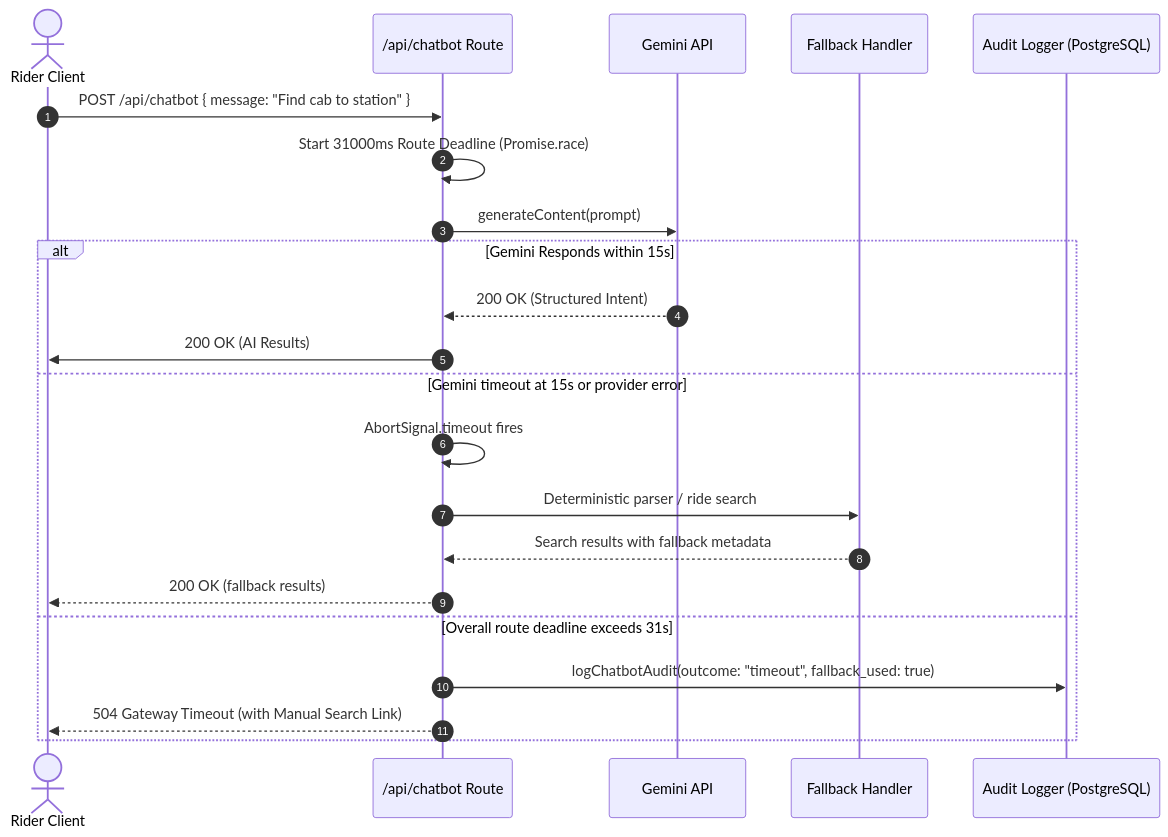
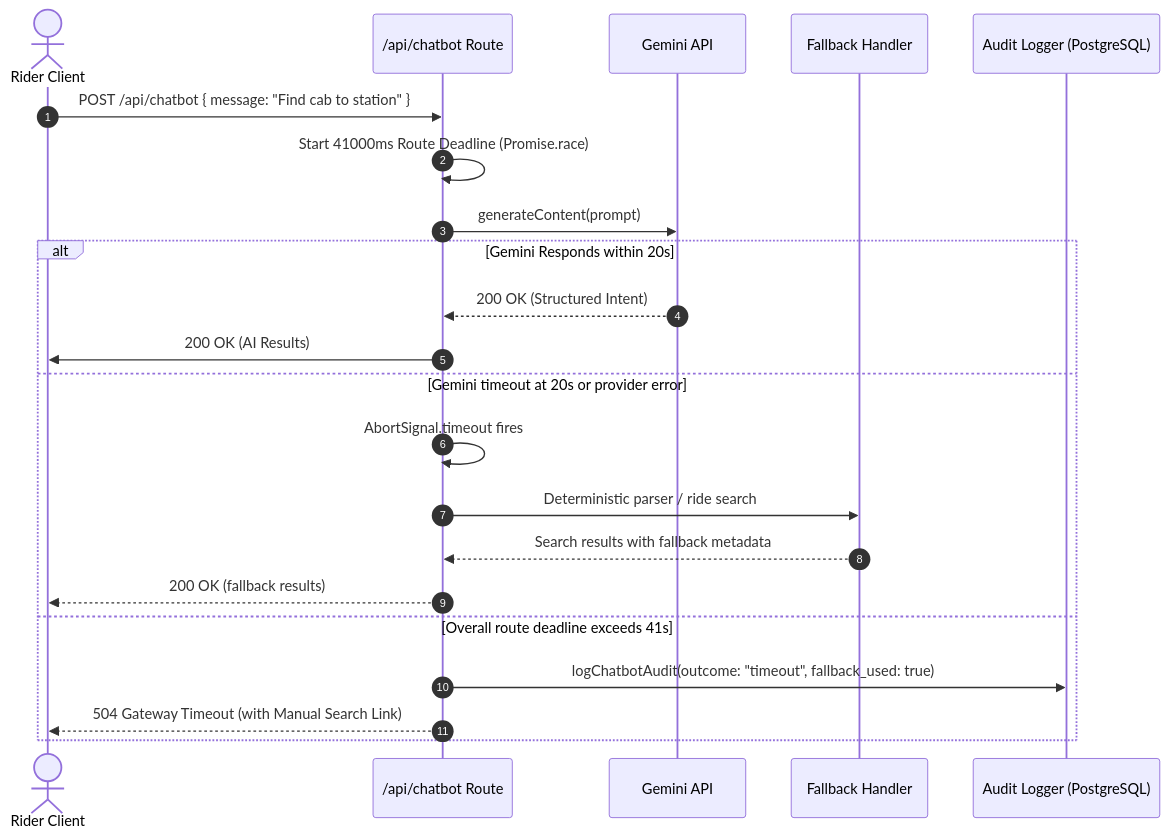
Before and after one commit to CS455-Carpooling/Campus_Ridepooling_Automation: the second of 4 diagrams in Deliverables/D3/failure-and-recovery-test-report.md, drawn with Mermaid. The commit also changed other lines of this file and 18 other files, not shown here.

````diff
--- a/Deliverables/D3/failure-and-recovery-test-report.md
+++ b/Deliverables/D3/failure-and-recovery-test-report.md
@@ -69,25 +69,25 @@
 ```mermaid
 sequenceDiagram
     autonumber
     actor Rider as Rider Client
     participant API as /api/chatbot Route
     participant Model as Gemini API
     participant Fallback as Fallback Handler
     participant Audit as Audit Logger (PostgreSQL)
 
     Rider->>API: POST /api/chatbot { message: "Find cab to station" }
-    API->>API: Start 31000ms Route Deadline (Promise.race)
+    API->>API: Start 41000ms Route Deadline (Promise.race)
     API->>Model: generateContent(prompt)
-    alt Gemini Responds within 15s
+    alt Gemini Responds within 20s
         Model-->>API: 200 OK (Structured Intent)
         API->>Rider: 200 OK (AI Results)
-    else Gemini timeout at 15s or provider error
+    else Gemini timeout at 20s or provider error
         API->>API: AbortSignal.timeout fires
         API->>Fallback: Deterministic parser / ride search
         Fallback-->>API: Search results with fallback metadata
         API-->>Rider: 200 OK (fallback results)
-    else Overall route deadline exceeds 31s
+    else Overall route deadline exceeds 41s
         API->>Audit: logChatbotAudit(outcome: "timeout", fallback_used: true)
         API-->>Rider: 504 Gateway Timeout (with Manual Search Link)
     end
 ```
````
